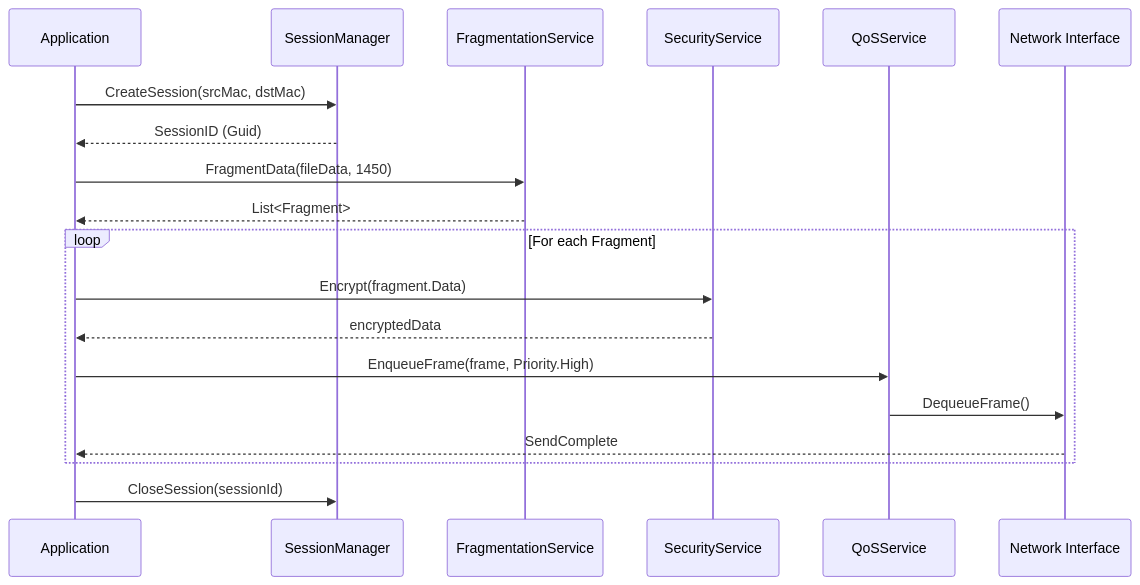
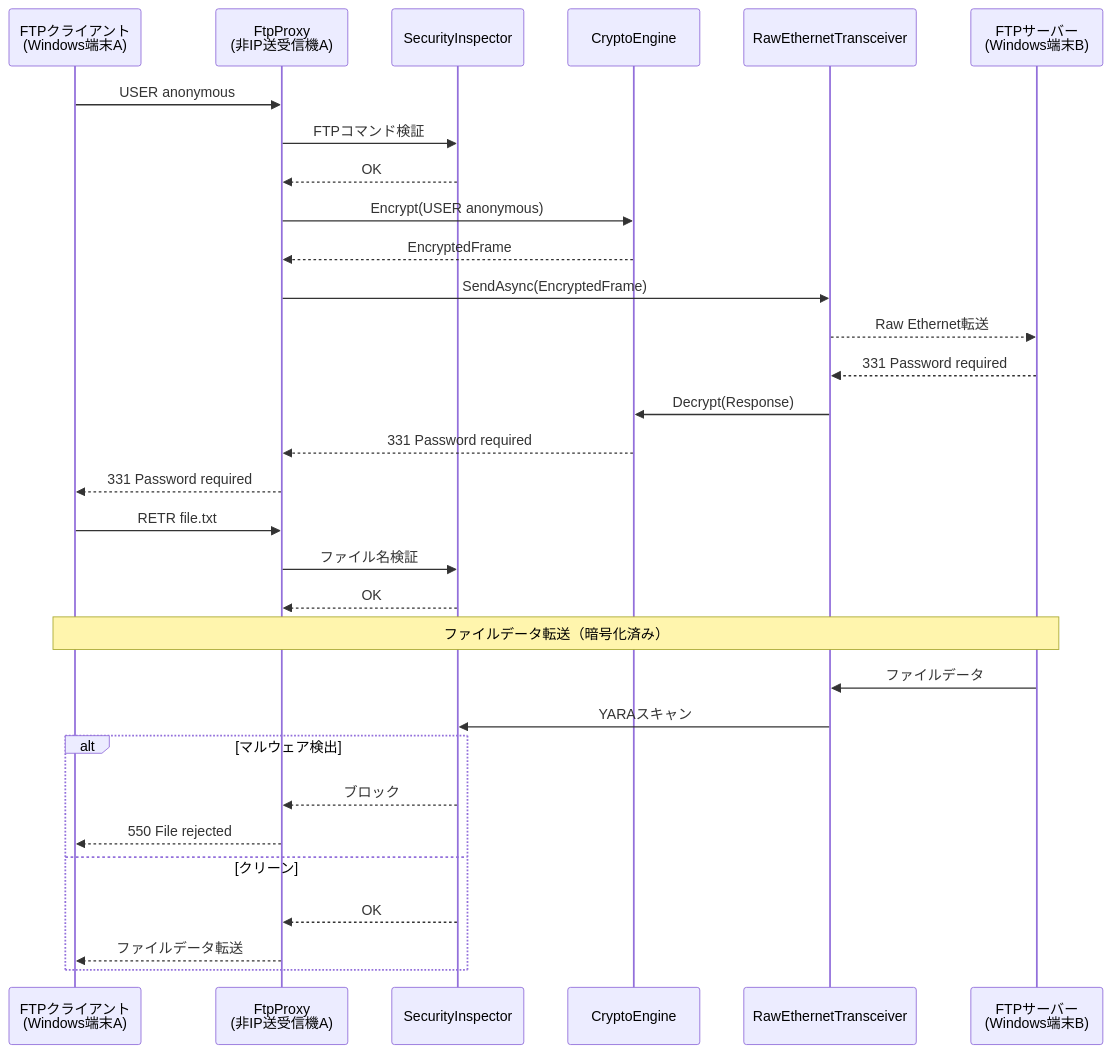
Before and after one commit to InvestorX/Non-IP-File-Delivery: the second of 5 diagrams in functionaldesign.md, drawn with Mermaid. The commit also changed other lines of this file and 1 other file, not shown here.

````diff
--- a/functionaldesign.md
+++ b/functionaldesign.md
@@ -200,25 +230,41 @@
 ```mermaid
 sequenceDiagram
-    participant App as Application
-    participant SM as SessionManager
-    participant FS as FragmentationService
-    participant SEC as SecurityService
-    participant QoS as QoSService
-    participant NIC as Network Interface
+    participant FTPClient as FTPクライアント<br/>(Windows端末A)
+    participant FtpProxy as FtpProxy<br/>(非IP送受信機A)
+    participant SecInsp as SecurityInspector
+    participant Crypto as CryptoEngine
+    participant RawEth as RawEthernetTransceiver
+    participant FTPServer as FTPサーバー<br/>(Windows端末B)
     
-    App->>SM: CreateSession(srcMac, dstMac)
-    SM-->>App: SessionID (Guid)
+    FTPClient->>FtpProxy: USER anonymous
+    FtpProxy->>SecInsp: FTPコマンド検証
+    SecInsp-->>FtpProxy: OK
     
-    App->>FS: FragmentData(fileData, 1450)
-    FS-->>App: List<Fragment>
+    FtpProxy->>Crypto: Encrypt(USER anonymous)
+    Crypto-->>FtpProxy: EncryptedFrame
     
-    loop For each Fragment
-        App->>SEC: Encrypt(fragment.Data)
-        SEC-->>App: encryptedData
-        App->>QoS: EnqueueFrame(frame, Priority.High)
-        QoS->>NIC: DequeueFrame()
-        NIC-->>App: SendComplete
+    FtpProxy->>RawEth: SendAsync(EncryptedFrame)
+    RawEth-->>FTPServer: Raw Ethernet転送
+    
+    FTPServer-->>RawEth: 331 Password required
+    RawEth->>Crypto: Decrypt(Response)
+    Crypto-->>FtpProxy: 331 Password required
+    FtpProxy-->>FTPClient: 331 Password required
+    
+    FTPClient->>FtpProxy: RETR file.txt
+    FtpProxy->>SecInsp: ファイル名検証
+    SecInsp-->>FtpProxy: OK
+    
+    Note over FTPServer,FTPClient: ファイルデータ転送（暗号化済み）
+    
+    FTPServer->>RawEth: ファイルデータ
+    RawEth->>SecInsp: YARAスキャン
+    
+    alt マルウェア検出
+        SecInsp-->>FtpProxy: ブロック
+        FtpProxy-->>FTPClient: 550 File rejected
+    else クリーン
+        SecInsp-->>FtpProxy: OK
+        FtpProxy-->>FTPClient: ファイルデータ転送
     end
-    
-    App->>SM: CloseSession(sessionId)
 ```
````
